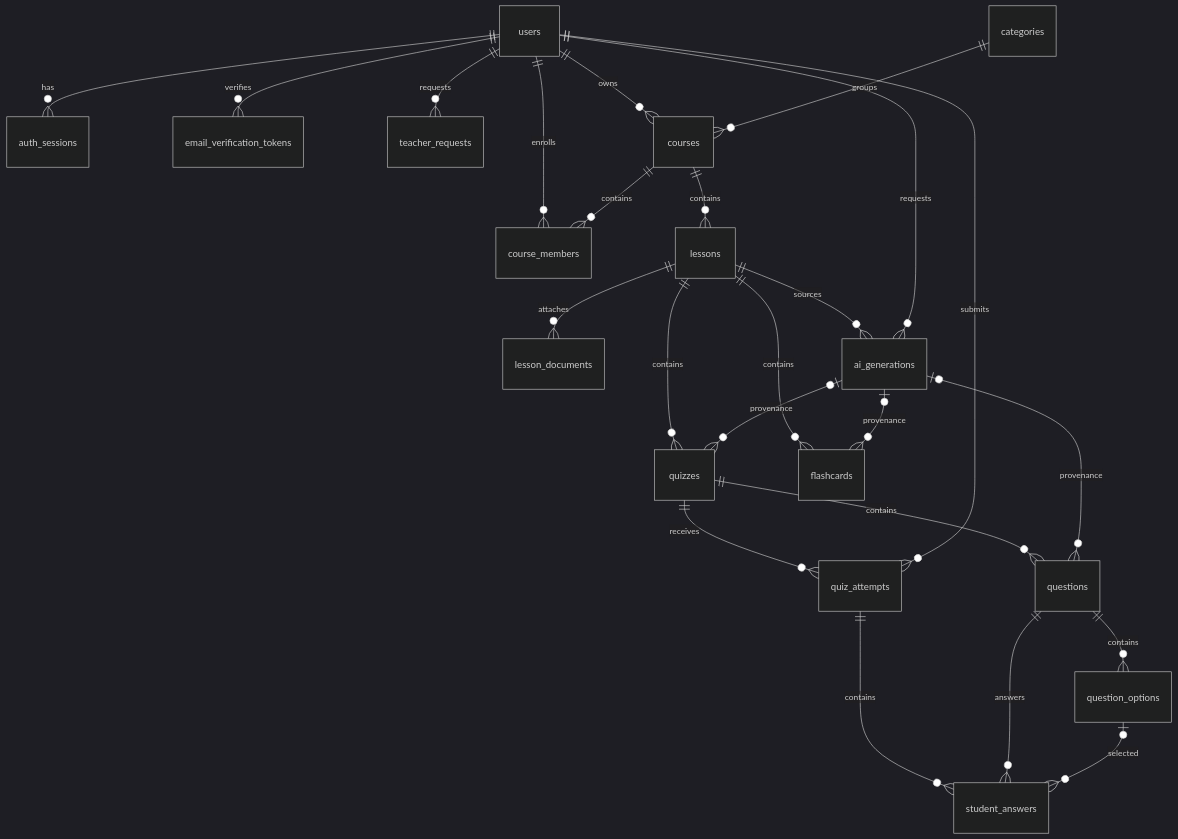
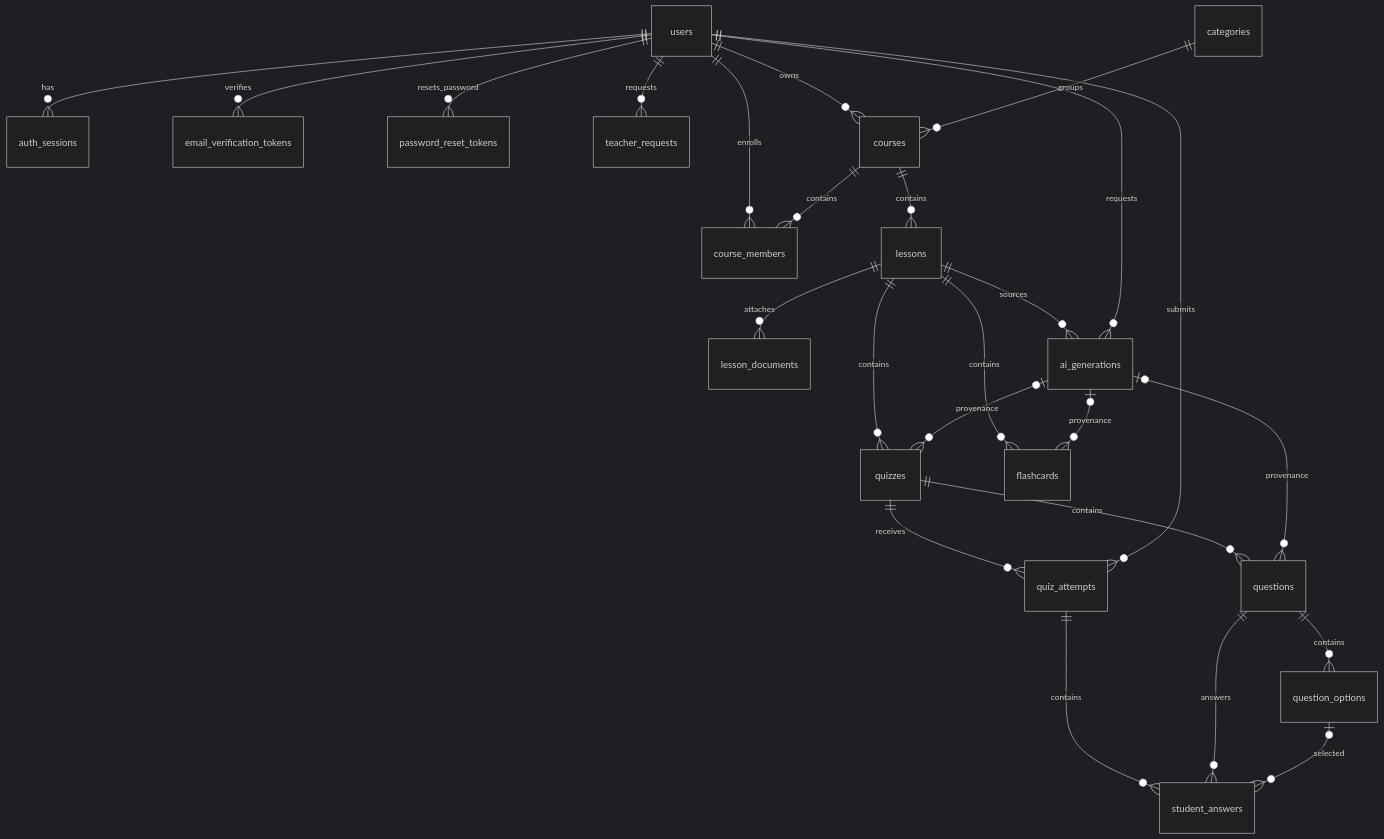
Before and after one commit to hieutt47/learning-ai-system: the diagram in database/erd.md, drawn with Mermaid (dark theme). The commit also changed 39 other files, not shown here.

Commit message:
feat(auth): add password reset via email with frontend and API docs

````diff
--- a/database/erd.md
+++ b/database/erd.md
@@ -5,26 +5,27 @@
 ```mermaid
 erDiagram
   users ||--o{ auth_sessions : has
   users ||--o{ email_verification_tokens : verifies
+  users ||--o{ password_reset_tokens : resets_password
   users ||--o{ teacher_requests : requests
   users ||--o{ courses : owns
   categories ||--o{ courses : groups
   users ||--o{ course_members : enrolls
   courses ||--o{ course_members : contains
   courses ||--o{ lessons : contains
   lessons ||--o{ lesson_documents : attaches
   lessons ||--o{ ai_generations : sources
   users ||--o{ ai_generations : requests
   lessons ||--o{ quizzes : contains
   ai_generations o|--o{ quizzes : provenance
   quizzes ||--o{ questions : contains
   ai_generations o|--o{ questions : provenance
   questions ||--o{ question_options : contains
   quizzes ||--o{ quiz_attempts : receives
   users ||--o{ quiz_attempts : submits
   quiz_attempts ||--o{ student_answers : contains
   questions ||--o{ student_answers : answers
   question_options o|--o{ student_answers : selected
   lessons ||--o{ flashcards : contains
   ai_generations o|--o{ flashcards : provenance
 ```
````
